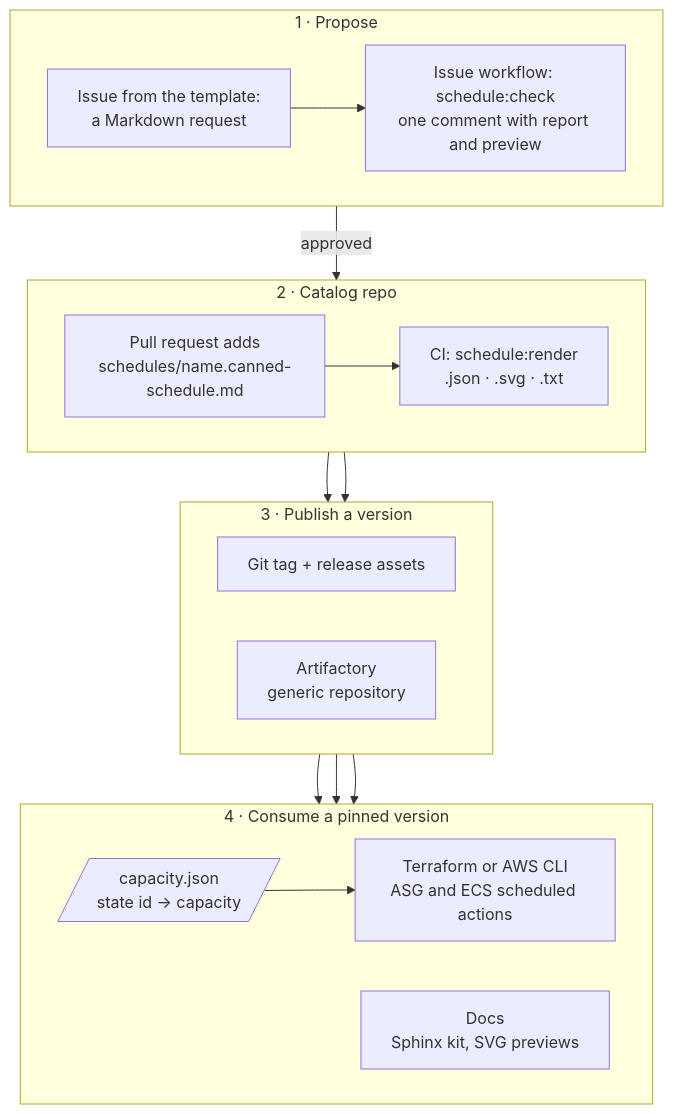
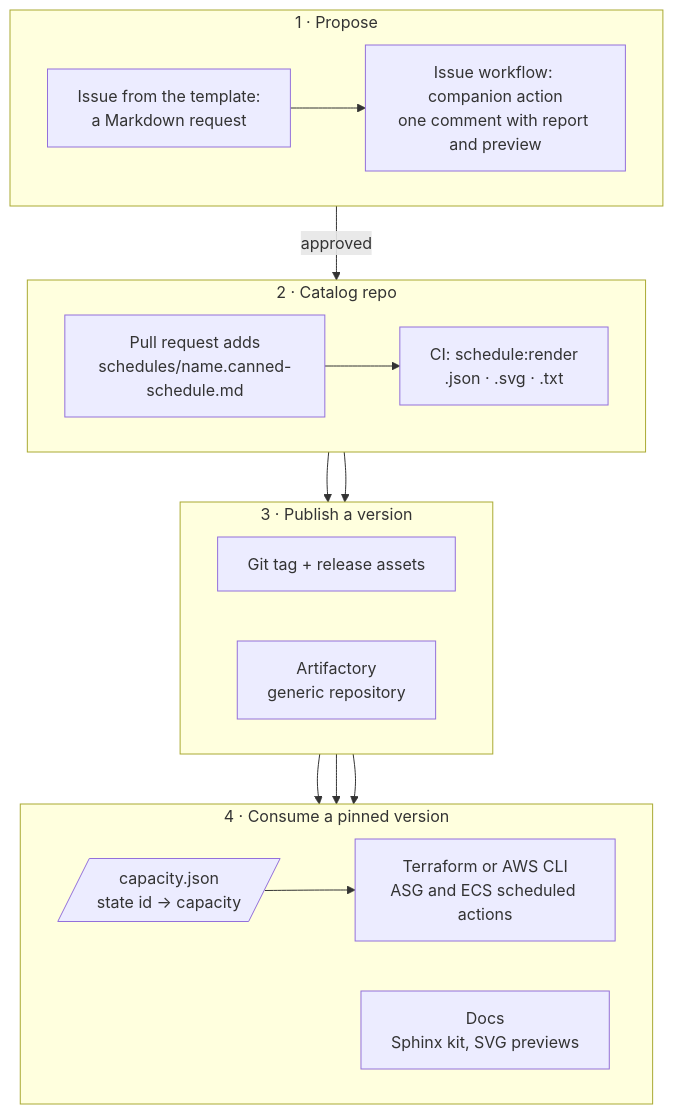
One commit to iilei/canned-schedules changed the diagram in README.md. Above: the diagram before and after it, drawn with Mermaid. The commit also changed other lines of this file and 4 other files, not shown here.

First line of the commit message:
feat(example): check request issues with the companion action

````diff
--- a/README.md
+++ b/README.md
@@ -48,25 +48,25 @@
 ```mermaid
 flowchart TB
   subgraph propose["1 · Propose"]
     direction LR
-    issue["Issue from the template:<br/>a Markdown request"] --> check["Issue workflow: schedule:check<br/>one comment with report and preview"]
+    issue["Issue from the template:<br/>a Markdown request"] --> check["Issue workflow: companion action<br/>one comment with report and preview"]
   end
   subgraph catalog["2 · Catalog repo"]
     direction LR
     pr["Pull request adds<br/>schedules/name.canned-schedule.md"] --> ci["CI: schedule:render<br/>.json · .svg · .txt"]
   end
   subgraph publish["3 · Publish a version"]
     direction LR
     release["Git tag + release assets"]
     artifactory["Artifactory<br/>generic repository"]
   end
   subgraph consume["4 · Consume a pinned version"]
     direction LR
     capacity[/"capacity.json<br/>state id → capacity"/] --> infra["Terraform or AWS CLI<br/>ASG and ECS scheduled actions"]
     docs["Docs<br/>Sphinx kit, SVG previews"]
   end
   check -->|approved| pr
   ci --> release & artifactory
   release & artifactory --> infra
   release --> docs
 ```
````
